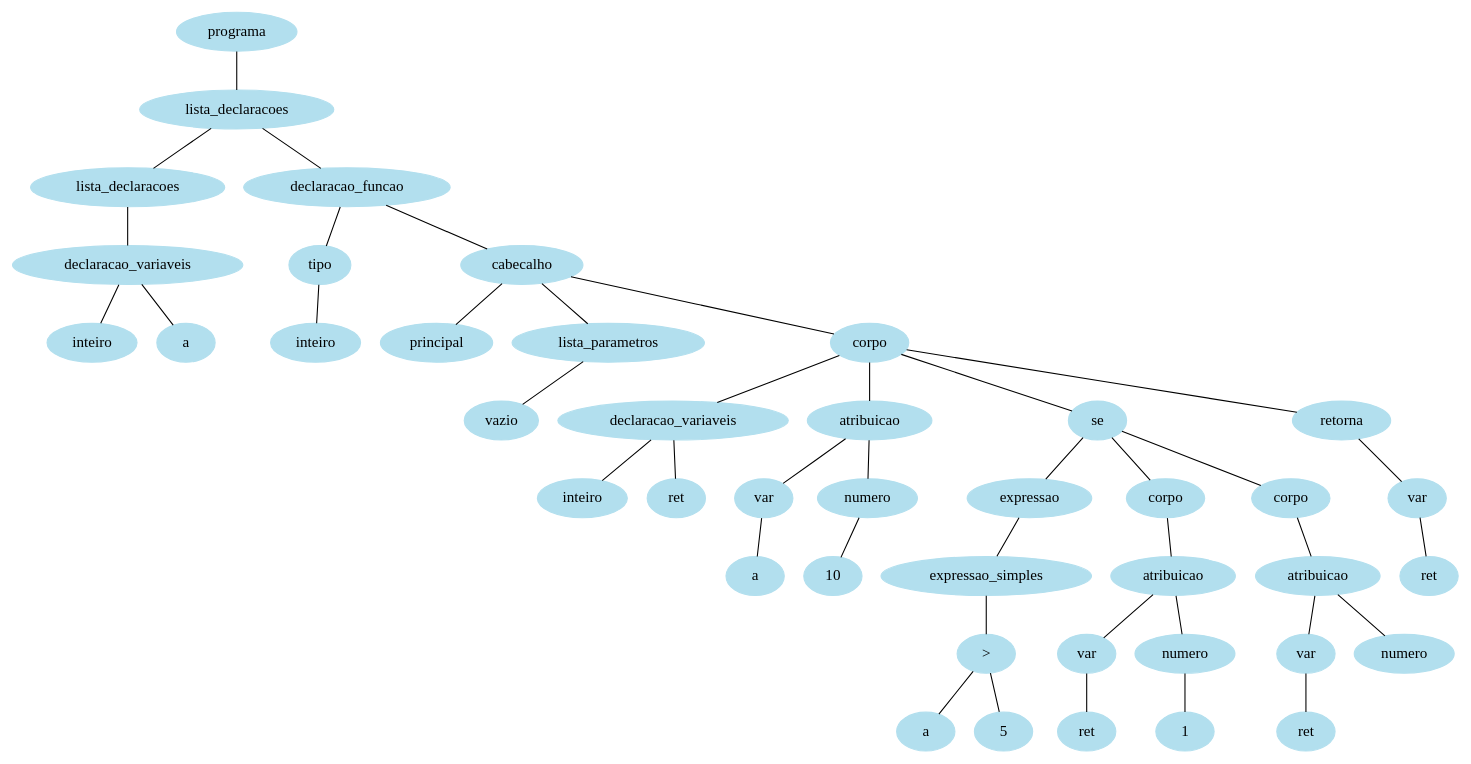
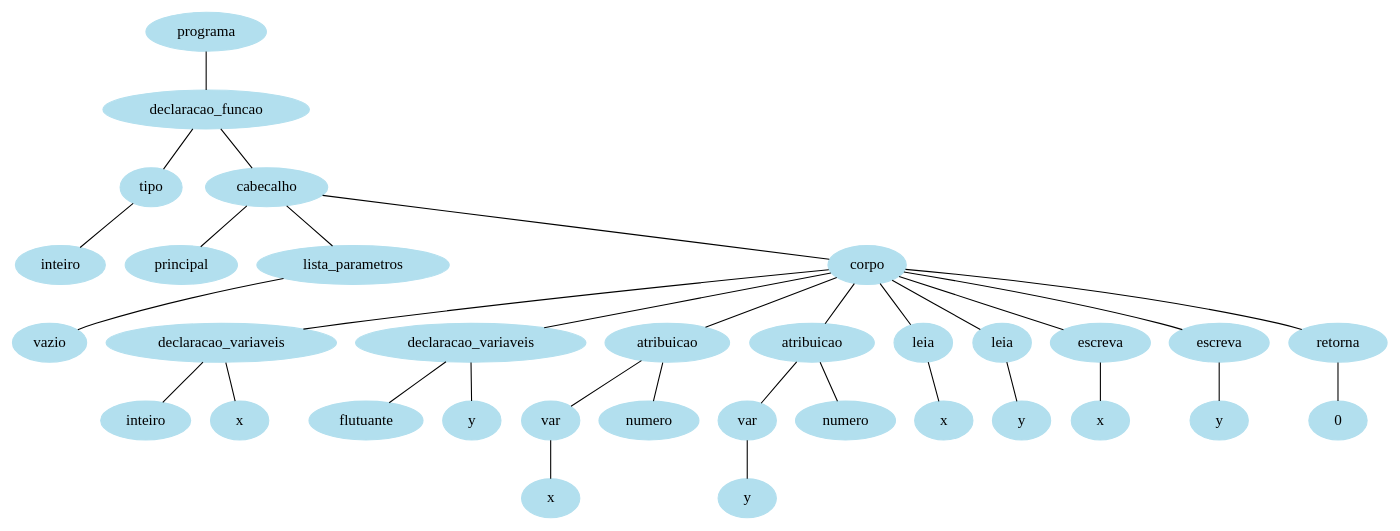
Before and after one commit to LuizASSilveira/Compilador: the diagram in Tree.gv, drawn with Graphviz. The commit also changed 9 other files, not shown here.

```diff
--- a/Tree.gv
+++ b/Tree.gv
@@ -1,119 +1,96 @@
 strict graph G {
 	node [color=lightblue2 style=filled]
-	61590192 [label=programa]
-	62070192 [label=lista_declaracoes]
-	61590192 -- 62070192
-	62070192 [label=lista_declaracoes]
-	62033616 [label=lista_declaracoes]
-	62070192 -- 62033616
-	62033616 [label=lista_declaracoes]
-	61590448 [label=declaracao_variaveis]
-	62033616 -- 61590448
-	61590448 [label=declaracao_variaveis]
-	62068368 [label=inteiro]
-	61590448 -- 62068368
-	62068368 [label=inteiro]
-	61590256 [label=a]
-	61590448 -- 61590256
-	61590256 [label=a]
-	62069008 [label=declaracao_funcao]
-	62070192 -- 62069008
-	62069008 [label=declaracao_funcao]
-	62067056 [label=tipo]
-	62069008 -- 62067056
-	1858146642 [label=inteiro]
-	62067056 -- 1858146642
-	62067056 [label=tipo]
-	62067856 [label=cabecalho]
-	62069008 -- 62067856
-	1835261122 [label=principal]
-	62067856 -- 1835261122
-	62067856 [label=cabecalho]
-	62066832 [label=lista_parametros]
-	62067856 -- 62066832
-	62066832 [label=lista_parametros]
-	62067280 [label=vazio]
-	62066832 -- 62067280
-	62067280 [label=vazio]
-	62070096 [label=corpo]
-	62067856 -- 62070096
-	62070096 [label=corpo]
-	62067504 [label=declaracao_variaveis]
-	62070096 -- 62067504
-	62067504 [label=declaracao_variaveis]
-	62067440 [label=inteiro]
-	62067504 -- 62067440
-	62067440 [label=inteiro]
-	62067344 [label=ret]
-	62067504 -- 62067344
-	62067344 [label=ret]
-	62068048 [label=atribuicao]
-	62070096 -- 62068048
-	62068048 [label=atribuicao]
-	62067472 [label=var]
-	62068048 -- 62067472
-	1799838565 [label=a]
-	62067472 -- 1799838565
-	62067472 [label=var]
-	62067632 [label=numero]
-	62068048 -- 62067632
-	17258465925 [label=10]
-	62067632 -- 17258465925
-	62067632 [label=numero]
-	62069360 [label=se]
-	62070096 -- 62069360
-	62069360 [label=se]
-	62068624 [label=expressao]
-	62069360 -- 62068624
-	62068624 [label=expressao]
-	62068560 [label=expressao_simples]
-	62068624 -- 62068560
-	62068560 [label=expressao_simples]
-	62067984 [label=">"]
-	62068560 -- 62067984
-	62067984 [label=">"]
-	62068528 [label=a]
-	62067984 -- 62068528
-	62068528 [label=a]
-	62068432 [label=5]
-	62067984 -- 62068432
-	62068432 [label=5]
-	62069264 [label=corpo]
-	62069360 -- 62069264
-	62069264 [label=corpo]
-	62069168 [label=atribuicao]
-	62069264 -- 62069168
-	62069168 [label=atribuicao]
-	62068592 [label=var]
-	62069168 -- 62068592
-	1862671847 [label=ret]
-	62068592 -- 1862671847
-	62068592 [label=var]
-	62068720 [label=numero]
-	62069168 -- 62068720
-	17258475367 [label=1]
-	62068720 -- 17258475367
-	62068720 [label=numero]
-	62069872 [label=corpo]
-	62069360 -- 62069872
-	62069872 [label=corpo]
-	62069776 [label=atribuicao]
-	62069872 -- 62069776
-	62069776 [label=atribuicao]
-	62069200 [label=var]
-	62069776 -- 62069200
-	1862682807 [label=ret]
-	62069200 -- 1862682807
-	62069200 [label=var]
-	62069328 [label=numero]
-	62069776 -- 62069328
-	62069328 [label=numero]
-	62070032 [label=retorna]
-	62070096 -- 62070032
-	62070032 [label=retorna]
-	62067760 [label=var]
-	62070032 -- 62067760
-	1862667045 [label=ret]
-	62067760 -- 1862667045
-	62067760 [label=var]
+	61431088 [label=programa]
+	61430768 [label=declaracao_funcao]
+	61431088 -- 61430768
+	61430768 [label=declaracao_funcao]
+	61174544 [label=tipo]
+	61430768 -- 61174544
+	1846035361 [label=inteiro]
+	61174544 -- 1846035361
+	61174544 [label=tipo]
+	61946480 [label=cabecalho]
+	61430768 -- 61946480
+	1821859441 [label=principal]
+	61946480 -- 1821859441
+	61946480 [label=cabecalho]
+	61430864 [label=lista_parametros]
+	61946480 -- 61430864
+	61430864 [label=lista_parametros]
+	61894640 [label=vazio]
+	61430864 -- 61894640
+	61894640 [label=vazio]
+	61947152 [label=corpo]
+	61946480 -- 61947152
+	61947152 [label=corpo]
+	61944240 [label=declaracao_variaveis]
+	61947152 -- 61944240
+	61944240 [label=declaracao_variaveis]
+	61944784 [label=inteiro]
+	61944240 -- 61944784
+	61944784 [label=inteiro]
+	61944496 [label=x]
+	61944240 -- 61944496
+	61944496 [label=x]
+	61944816 [label=declaracao_variaveis]
+	61947152 -- 61944816
+	61944816 [label=declaracao_variaveis]
+	61944432 [label=flutuante]
+	61944816 -- 61944432
+	61944432 [label=flutuante]
+	61944624 [label=y]
+	61944816 -- 61944624
+	61944624 [label=y]
+	61945328 [label=atribuicao]
+	61947152 -- 61945328
+	61945328 [label=atribuicao]
+	61944688 [label=var]
+	61945328 -- 61944688
+	1417472724 [label=x]
+	61944688 -- 1417472724
+	61944688 [label=var]
+	61944912 [label=numero]
+	61945328 -- 61944912
+	61944912 [label=numero]
+	61945776 [label=atribuicao]
+	61947152 -- 61945776
+	61945776 [label=atribuicao]
+	61944848 [label=var]
+	61945776 -- 61944848
+	1794212084 [label=y]
+	61944848 -- 1794212084
+	61944848 [label=var]
+	61945168 [label=numero]
+	61945776 -- 61945168
+	61945168 [label=numero]
+	61945936 [label=leia]
+	61947152 -- 61945936
+	61945936 [label=leia]
+	61945360 [label=x]
+	61945936 -- 61945360
+	61945360 [label=x]
+	61945968 [label=leia]
+	61947152 -- 61945968
+	61945968 [label=leia]
+	61945072 [label=y]
+	61945968 -- 61945072
+	61945072 [label=y]
+	61946384 [label=escreva]
+	61947152 -- 61946384
+	61946384 [label=escreva]
+	61945488 [label=x]
+	61946384 -- 61945488
+	61945488 [label=x]
+	61946736 [label=escreva]
+	61947152 -- 61946736
+	61946736 [label=escreva]
+	61945584 [label=y]
+	61946736 -- 61945584
+	61945584 [label=y]
+	61947088 [label=retorna]
+	61947152 -- 61947088
+	61947088 [label=retorna]
+	61947024 [label=0]
+	61947088 -- 61947024
+	61947024 [label=0]
 }
```
